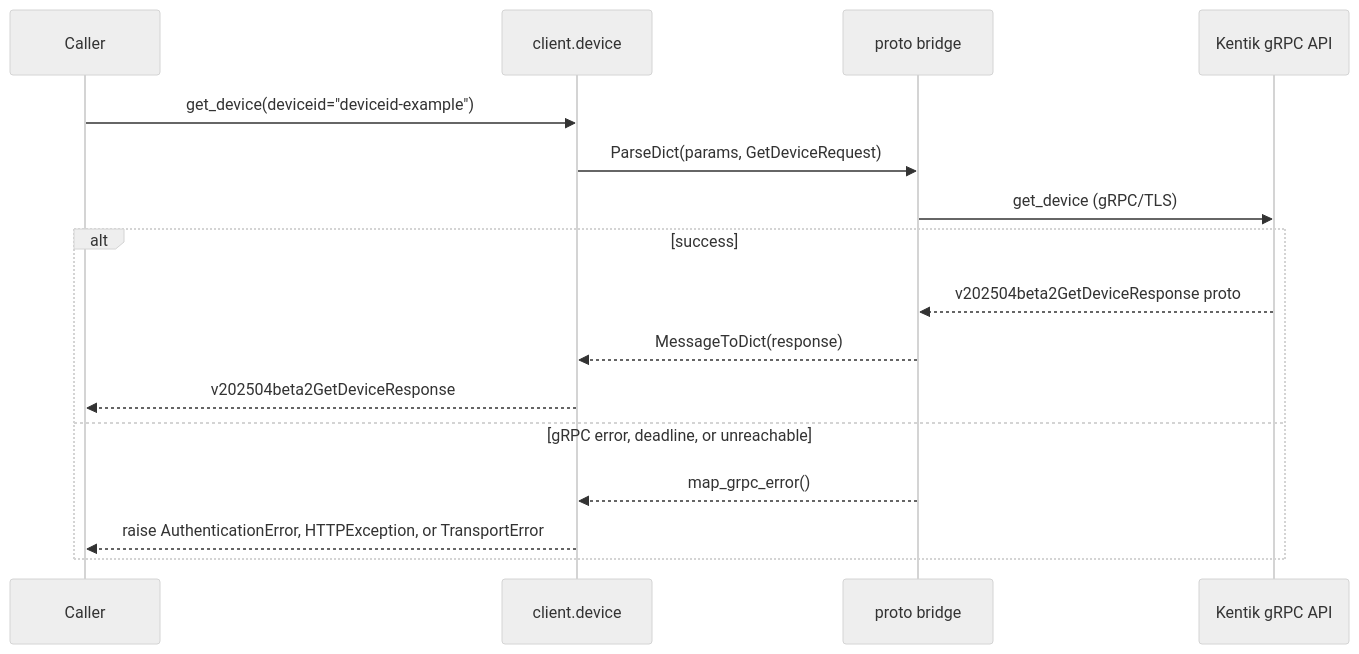
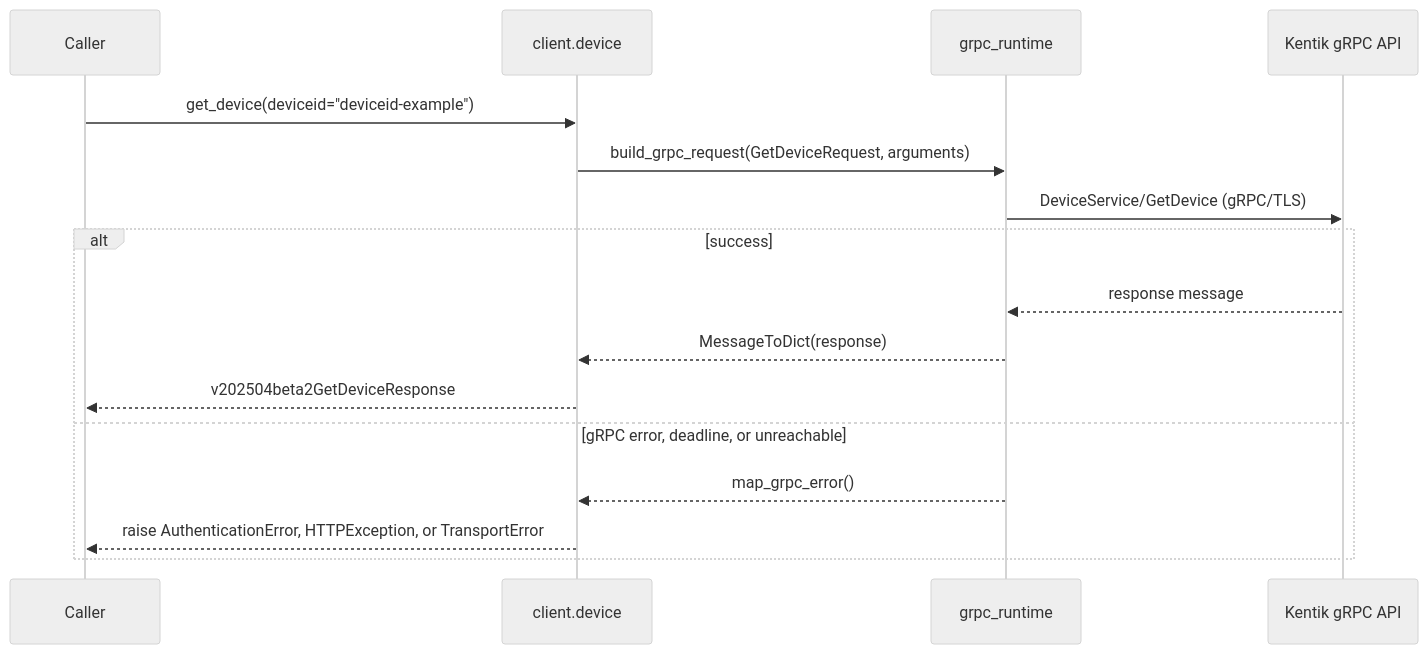
Before and after one commit to alexdearaujo/community_sdk_python: diagram 15 of 22 in docs/sphinx/services/device.md, drawn with Mermaid (neutral theme). The commit also changed other lines of this file and 37 other files, not shown here.

First line of the commit message:
docs: show the real RPC in each service page's gRPC diagram

````diff
--- a/docs/sphinx/services/device.md
+++ b/docs/sphinx/services/device.md
@@ -515,19 +515,19 @@
 ```mermaid
 sequenceDiagram
     participant C as Caller
     participant W as client.device
-    participant B as proto bridge
+    participant R as grpc_runtime
     participant API as Kentik gRPC API
 
     C->>W: get_device(deviceid="deviceid-example")
-    W->>B: ParseDict(params, GetDeviceRequest)
-    B->>API: get_device (gRPC/TLS)
+    W->>R: build_grpc_request(GetDeviceRequest, arguments)
+    R->>API: DeviceService/GetDevice (gRPC/TLS)
     alt success
-        API-->>B: v202504beta2GetDeviceResponse proto
-        B-->>W: MessageToDict(response)
+        API-->>R: response message
+        R-->>W: MessageToDict(response)
         W-->>C: v202504beta2GetDeviceResponse
     else gRPC error, deadline, or unreachable
-        B-->>W: map_grpc_error()
+        R-->>W: map_grpc_error()
         W-->>C: raise AuthenticationError, HTTPException, or TransportError
     end
 ```
````
